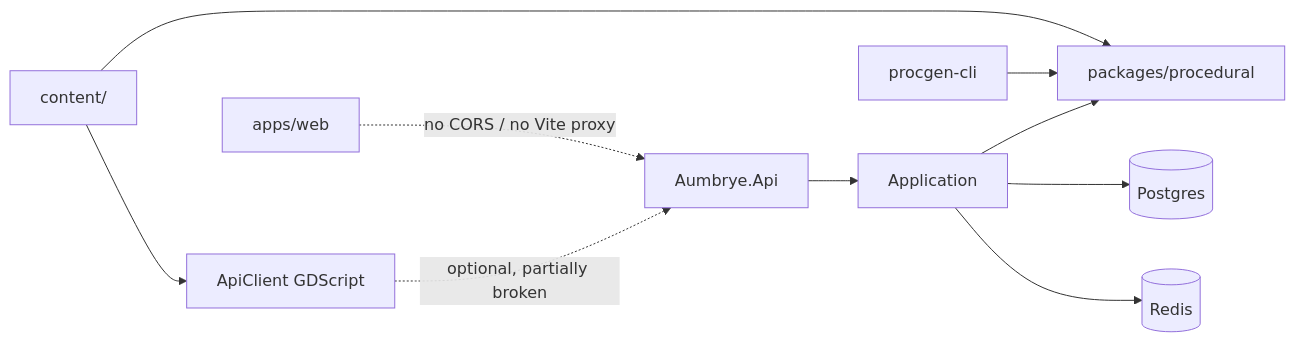
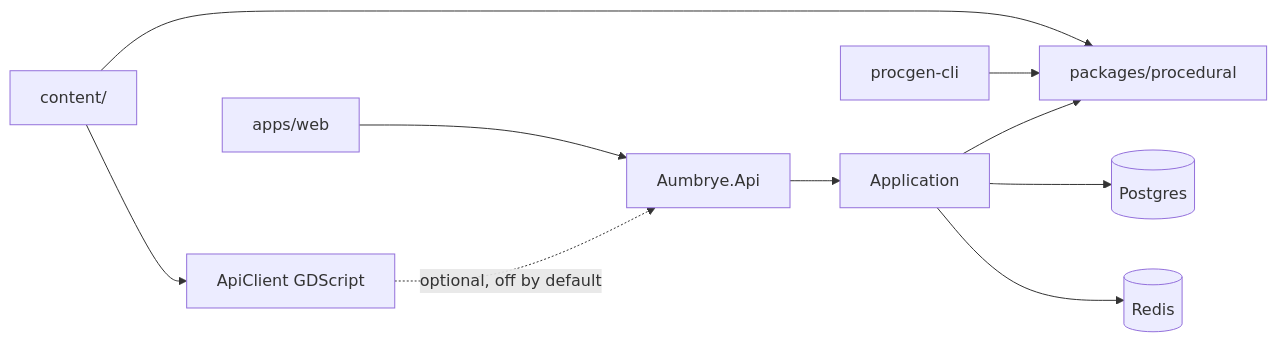
One commit to halaghiuc-dragos/Aumbrye changed the third of 3 diagrams in docs/ARCHITECTURE.md. Above: the diagram before and after it, drawn with Mermaid. The commit also changed other lines of this file and 251 other files, not shown here.

````diff
--- a/docs/ARCHITECTURE.md
+++ b/docs/ARCHITECTURE.md
@@ -158,12 +257,12 @@
 ```mermaid
 flowchart LR
-  Client[ApiClient GDScript] -.->|optional, partially broken| API[Aumbrye.Api]
+  Client[ApiClient GDScript] -.->|optional, off by default| API[Aumbrye.Api]
   API --> App[Application]
   App --> Proc[packages/procedural]
   App --> PG[(Postgres)]
   App --> Redis[(Redis)]
-  Web[apps/web] -.->|no CORS / no Vite proxy| API
+  Web[apps/web] --> API
   CLI[procgen-cli] --> Proc
   Content[content/] --> Proc
   Content --> Client
 ```
````
